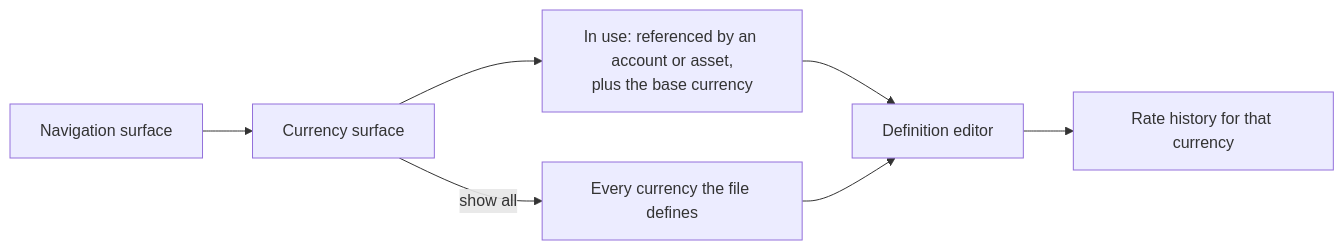
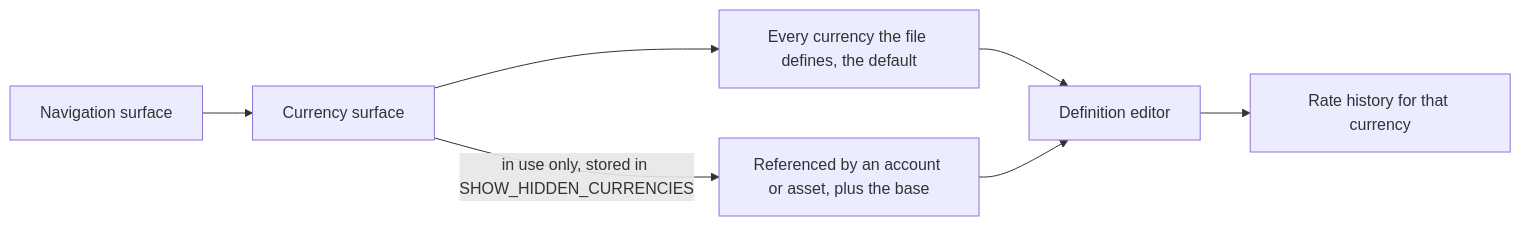
The third of 4 diagrams in openspec/specs/currency-management/spec.md (gjchentw/mmex-pwa), drawn with Mermaid before and after one commit. The commit also changed other lines of this file and 6 other files, not shown here.

````diff
--- a/openspec/specs/currency-management/spec.md
+++ b/openspec/specs/currency-management/spec.md
@@ -168,9 +182,9 @@
 ```mermaid
 flowchart LR
     Nav[Navigation surface] --> Page[Currency surface]
-    Page --> Used[In use: referenced by an account or asset,<br/>plus the base currency]
-    Page -->|show all| All[Every currency the file defines]
-    Used --> Editor[Definition editor]
-    All --> Editor
+    Page --> All[Every currency the file defines, the default]
+    Page -->|in use only, stored in SHOW_HIDDEN_CURRENCIES| Used[Referenced by an account or asset, plus the base]
+    All --> Editor[Definition editor]
+    Used --> Editor
     Editor --> History[Rate history for that currency]
 ```
````
